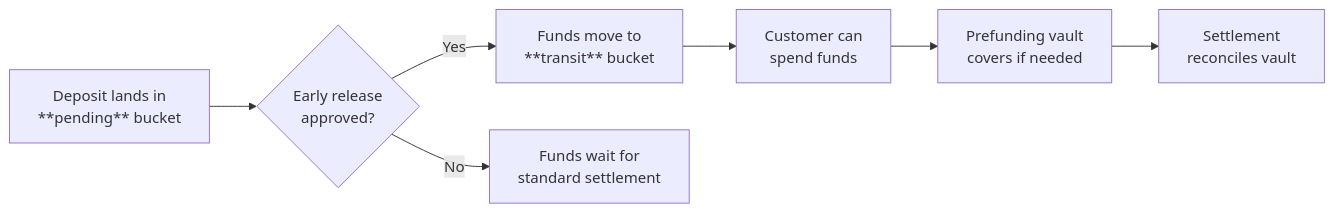
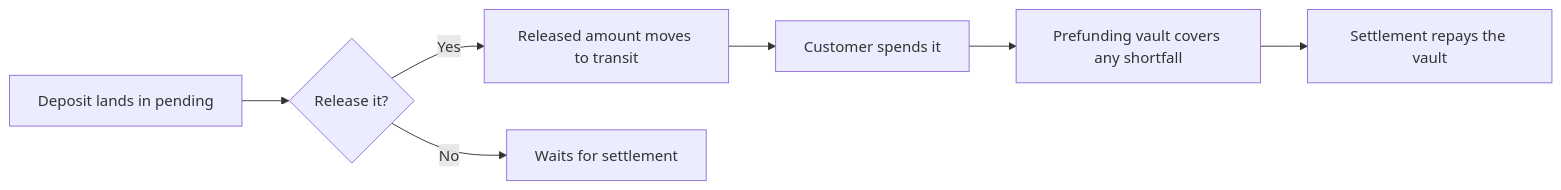
The diagram in docs/guides/early-release.md (reevu-adhikary-alviere/symmetrical-octo-memory), drawn with Mermaid before and after one commit. The commit also changed other lines of this file, not shown here.

First line of the commit message:
docs: early release, rewrite out of spec voice

````diff
--- a/docs/guides/early-release.md
+++ b/docs/guides/early-release.md
@@ -14,9 +12,9 @@
 ```mermaid
 flowchart LR
-    A["Deposit lands in\n**pending** bucket"] --> B{"Early release\napproved?"}
-    B -->|Yes| C["Funds move to\n**transit** bucket"]
-    B -->|No| D["Funds wait for\nstandard settlement"]
-    C --> E["Customer can\nspend funds"]
-    E --> F["Prefunding vault\ncovers if needed"]
-    F --> G["Settlement\nreconciles vault"]
+    A["Deposit lands in pending"] --> B{"Release it?"}
+    B -->|Yes| C["Released amount moves to transit"]
+    B -->|No| D["Waits for settlement"]
+    C --> E["Customer spends it"]
+    E --> F["Prefunding vault covers any shortfall"]
+    F --> G["Settlement repays the vault"]
 ```
````
